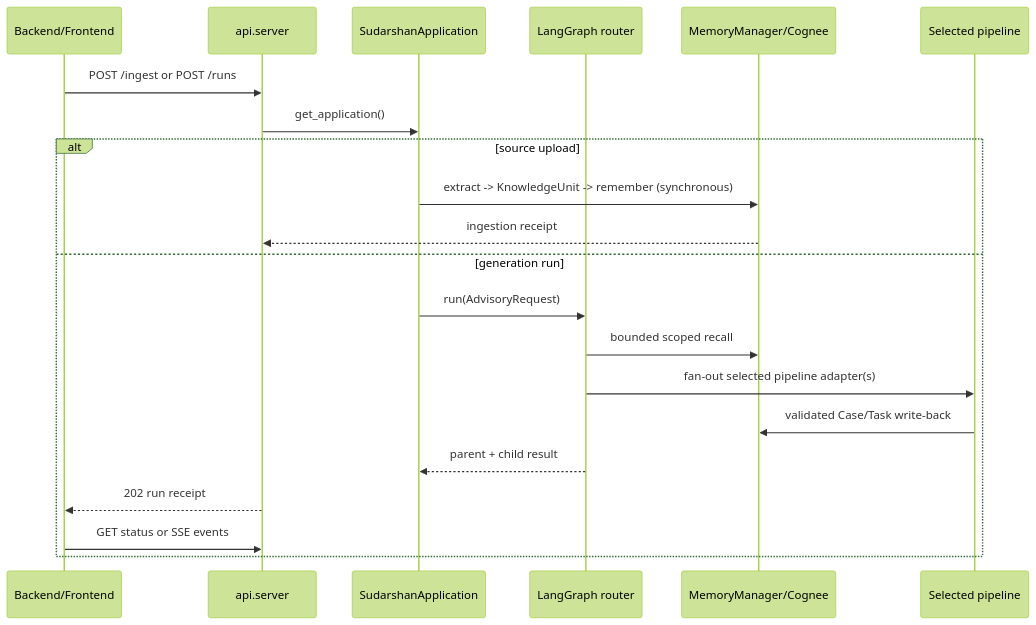
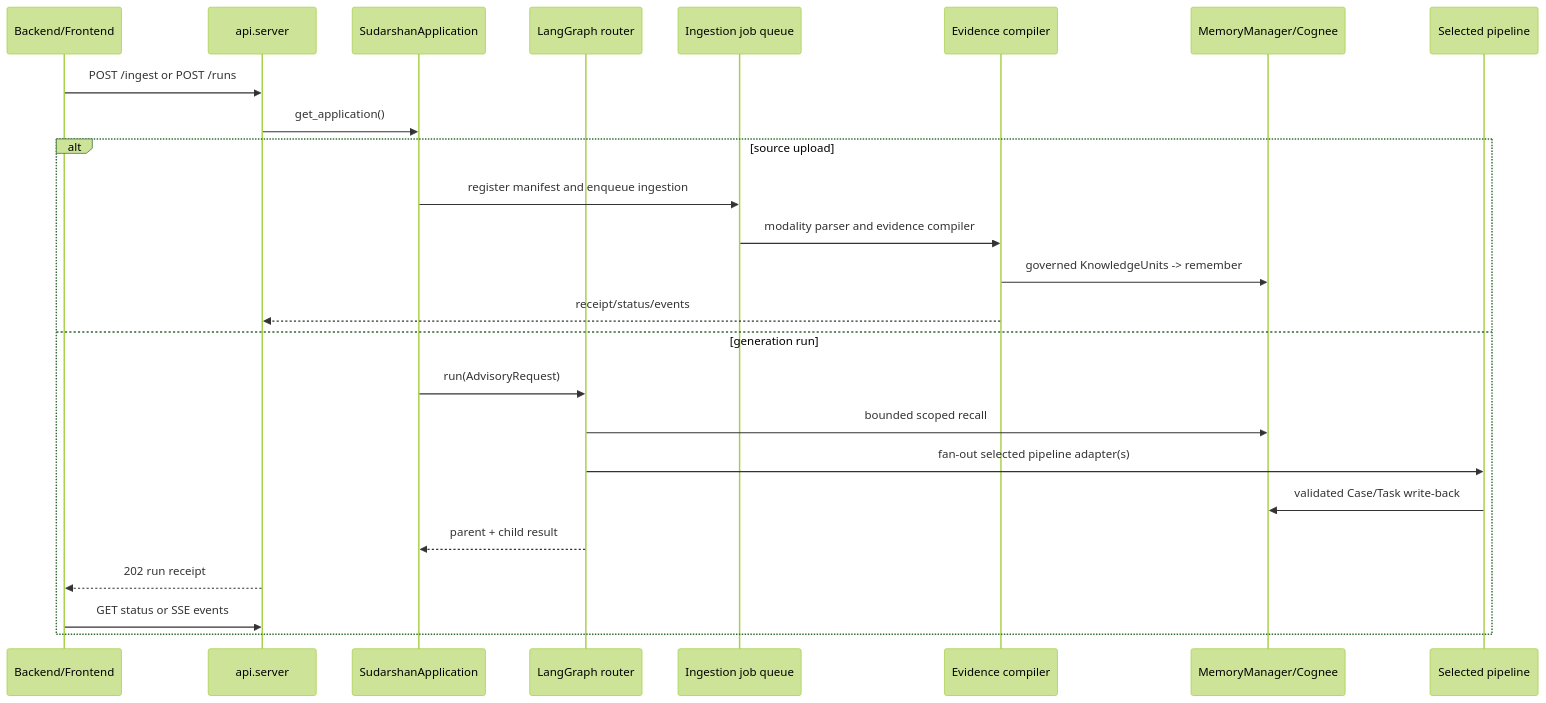
One commit to udit79/Sudarshan_agentic_core changed the diagram in docs/backend-integration.md. Above: the diagram before and after it, drawn with Mermaid (forest theme). The commit also changed other lines of this file and 135 other files, not shown here.

Commit message:
docs: add multimodal ingestion architecture and execution tickets and made many changes

````diff
--- a/docs/backend-integration.md
+++ b/docs/backend-integration.md
@@ -267,24 +300,28 @@
 ```mermaid
 sequenceDiagram
     participant B as Backend/Frontend
     participant API as api.server
     participant APP as SudarshanApplication
     participant G as LangGraph router
+    participant J as Ingestion job queue
+    participant X as Evidence compiler
     participant M as MemoryManager/Cognee
     participant P as Selected pipeline
 
     B->>API: POST /ingest or POST /runs
     API->>APP: get_application()
     alt source upload
-        APP->>M: extract -> KnowledgeUnit -> remember (synchronous)
-        M-->>API: ingestion receipt
+        APP->>J: register manifest and enqueue ingestion
+        J->>X: modality parser and evidence compiler
+        X->>M: governed KnowledgeUnits -> remember
+        X-->>API: receipt/status/events
     else generation run
         APP->>G: run(AdvisoryRequest)
         G->>M: bounded scoped recall
         G->>P: fan-out selected pipeline adapter(s)
         P->>M: validated Case/Task write-back
         G-->>APP: parent + child result
         API-->>B: 202 run receipt
         B->>API: GET status or SSE events
     end
 ```
````
